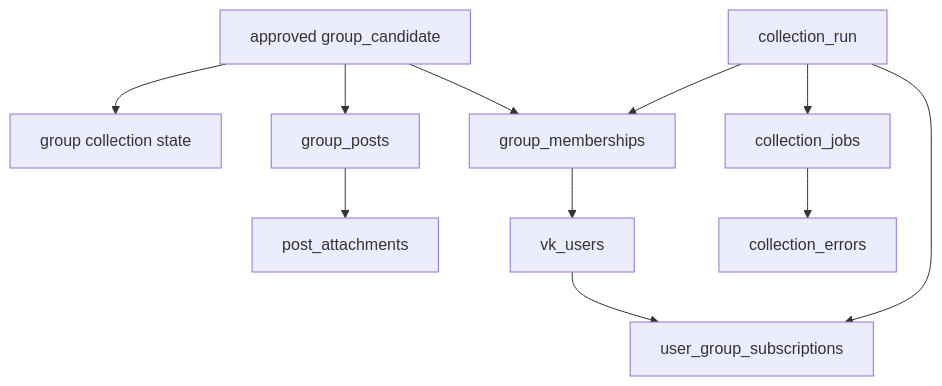
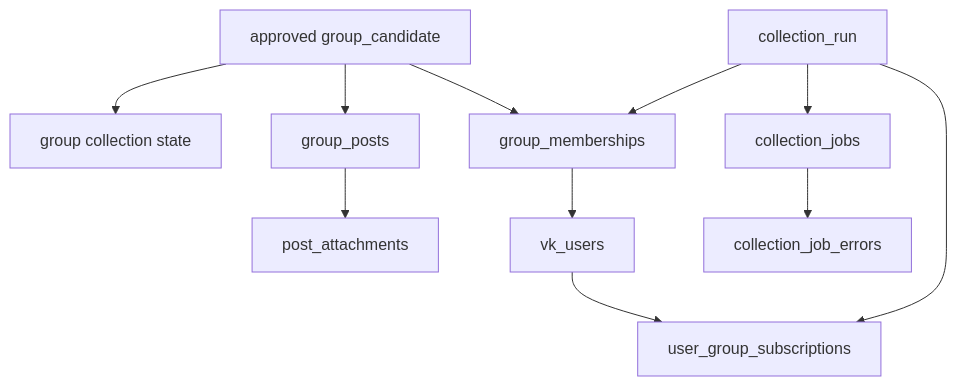
One commit to MarklyVK/vk-research-collector changed the fourth of 7 diagrams in docs/STAGE2_ARCHITECTURE.md. Above: the diagram before and after it, drawn with Mermaid. The commit also changed other lines of this file and 12 other files, not shown here.

````diff
--- a/docs/STAGE2_ARCHITECTURE.md
+++ b/docs/STAGE2_ARCHITECTURE.md
@@ -57,13 +57,13 @@
 ```mermaid
 flowchart TD
     A["approved group_candidate"] --> GM["group collection state"]
     A --> P["group_posts"]
     P --> PA["post_attachments"]
     A --> MB["group_memberships"]
     MB --> U["vk_users"]
     U --> S["user_group_subscriptions"]
     R["collection_run"] --> J["collection_jobs"]
-    J --> E["collection_errors"]
+    J --> E["collection_job_errors"]
     R --> MB
     R --> S
 ```
````
